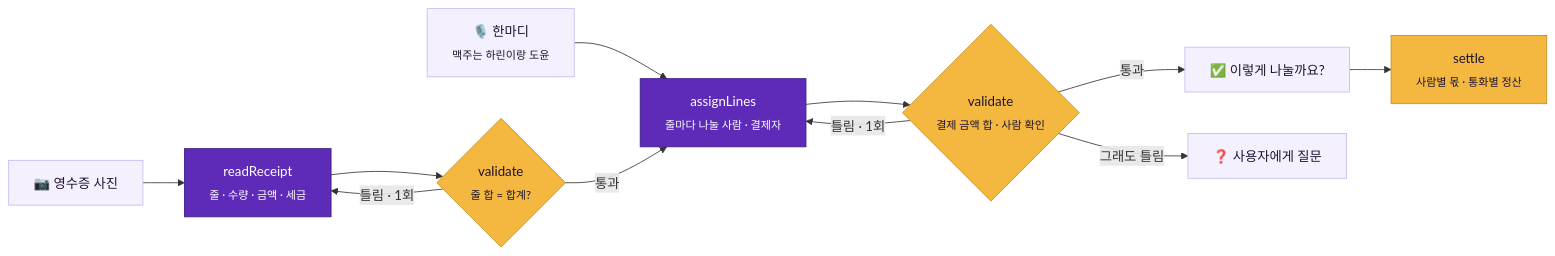
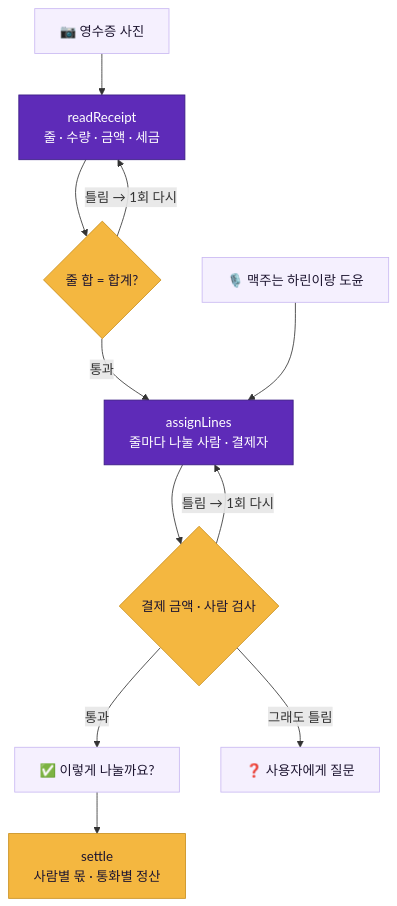
Before and after one commit to Hanatour-AI-290/hanatour-290-app: the first of 3 diagrams in README.md, drawn with Mermaid. The commit also changed other lines of this file, not shown here.

````diff
--- a/README.md
+++ b/README.md
@@ -97,20 +97,20 @@
 ```mermaid
-flowchart LR
-    A["📷 영수증 사진"] --> R["readReceipt<br/><sub>줄 · 수량 · 금액 · 세금</sub>"]
-    V["🎙️ 한마디<br/><sub>맥주는 하린이랑 도윤</sub>"] --> S
-    R --> C1{"validate<br/><sub>줄 합 = 합계?</sub>"}
-    C1 -- "틀림 · 1회" --> R
-    C1 -- "통과" --> S["assignLines<br/><sub>줄마다 나눌 사람 · 결제자</sub>"]
-    S --> C2{"validate<br/><sub>결제 금액 합 · 사람 확인</sub>"}
-    C2 -- "틀림 · 1회" --> S
+flowchart TB
+    A["📷 영수증 사진"] --> R["readReceipt<br/>줄 · 수량 · 금액 · 세금"]
+    R --> C1{"줄 합 = 합계?"}
+    C1 -- "틀림 → 1회 다시" --> R
+    C1 -- "통과" --> S["assignLines<br/>줄마다 나눌 사람 · 결제자"]
+    V["🎙️ 맥주는 하린이랑 도윤"] --> S
+    S --> C2{"결제 금액 · 사람 검사"}
+    C2 -- "틀림 → 1회 다시" --> S
     C2 -- "통과" --> OK["✅ 이렇게 나눌까요?"]
     C2 -- "그래도 틀림" --> Q["❓ 사용자에게 질문"]
-    OK --> P["settle<br/><sub>사람별 몫 · 통화별 정산</sub>"]
+    OK --> P["settle<br/>사람별 몫 · 통화별 정산"]
 
     classDef ai fill:#5e2bb8,stroke:#3a1c82,color:#fff
     classDef rule fill:#f4b740,stroke:#c98f1c,color:#1d1530
     classDef io fill:#f5f0fe,stroke:#c9b8f2,color:#1d1530
     class R,S ai
     class C1,C2,P rule
     class A,V,OK,Q io
 ```
````
